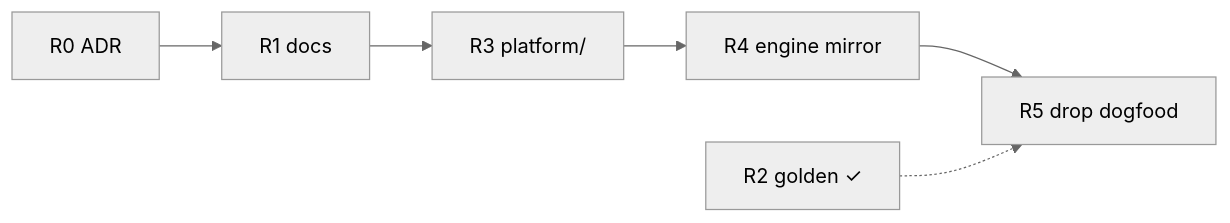
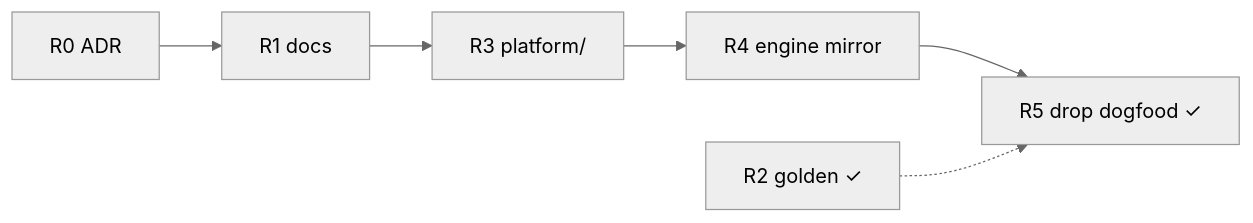
The second of 2 diagrams in docs/engineering/hq-restructure-plan.md (sibling-shipyard/coach-hq), drawn with Mermaid (neutral theme) before and after one commit. The commit also changed other lines of this file and 28 other files, not shown here.

First line of the commit message:
core: R5 drop HQ dogfood bands — golden-only local dev

````diff
--- a/docs/engineering/hq-restructure-plan.md
+++ b/docs/engineering/hq-restructure-plan.md
@@ -43,8 +43,8 @@
 ```mermaid
 flowchart LR
   R0["R0 ADR"] --> R1["R1 docs"]
   R1 --> R3["R3 platform/"]
   R3 --> R4["R4 engine mirror"]
-  R4 --> R5["R5 drop dogfood"]
+  R4 --> R5["R5 drop dogfood ✓"]
   R2["R2 golden ✓"] -.-> R5
 ```
````
